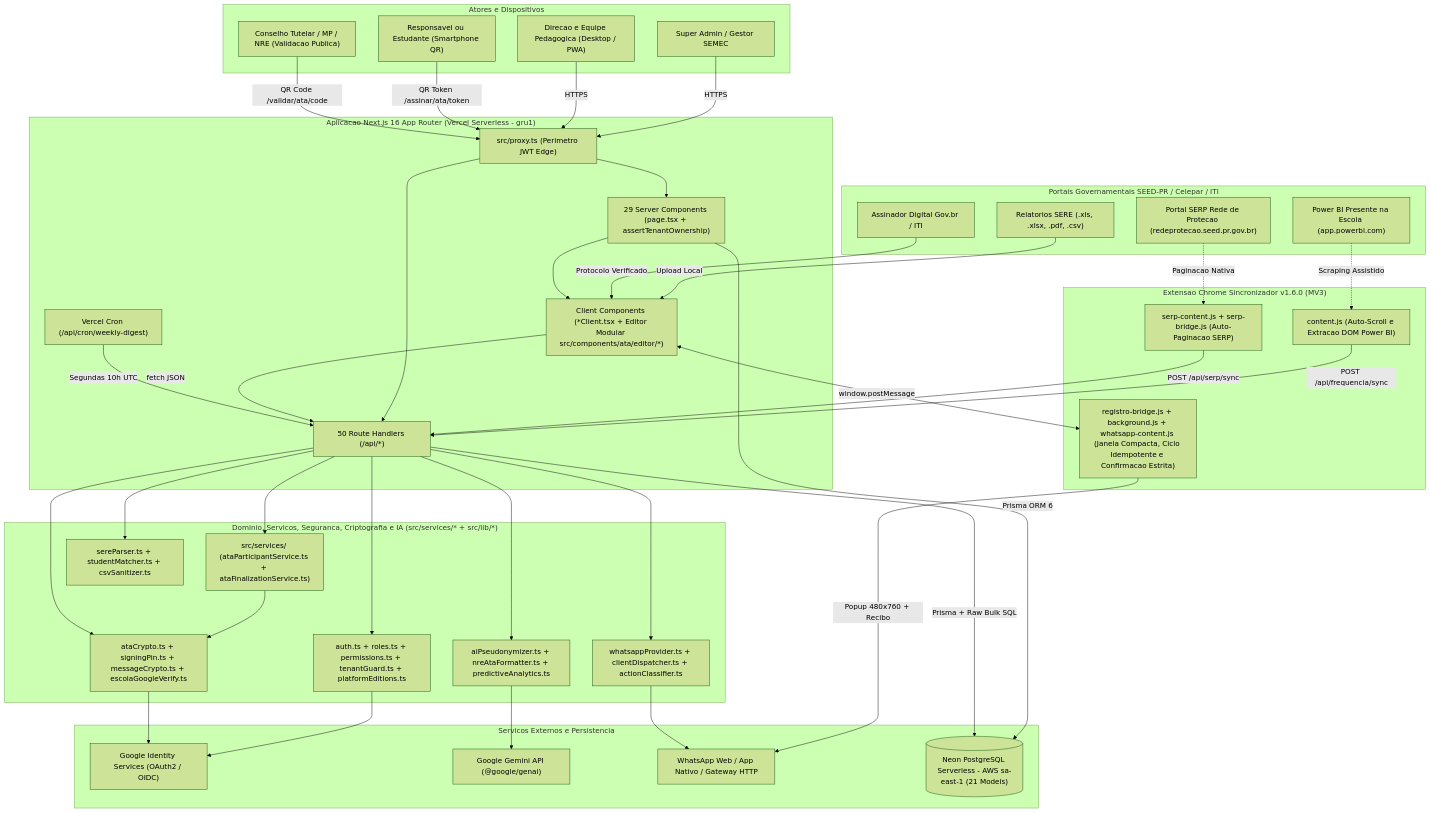
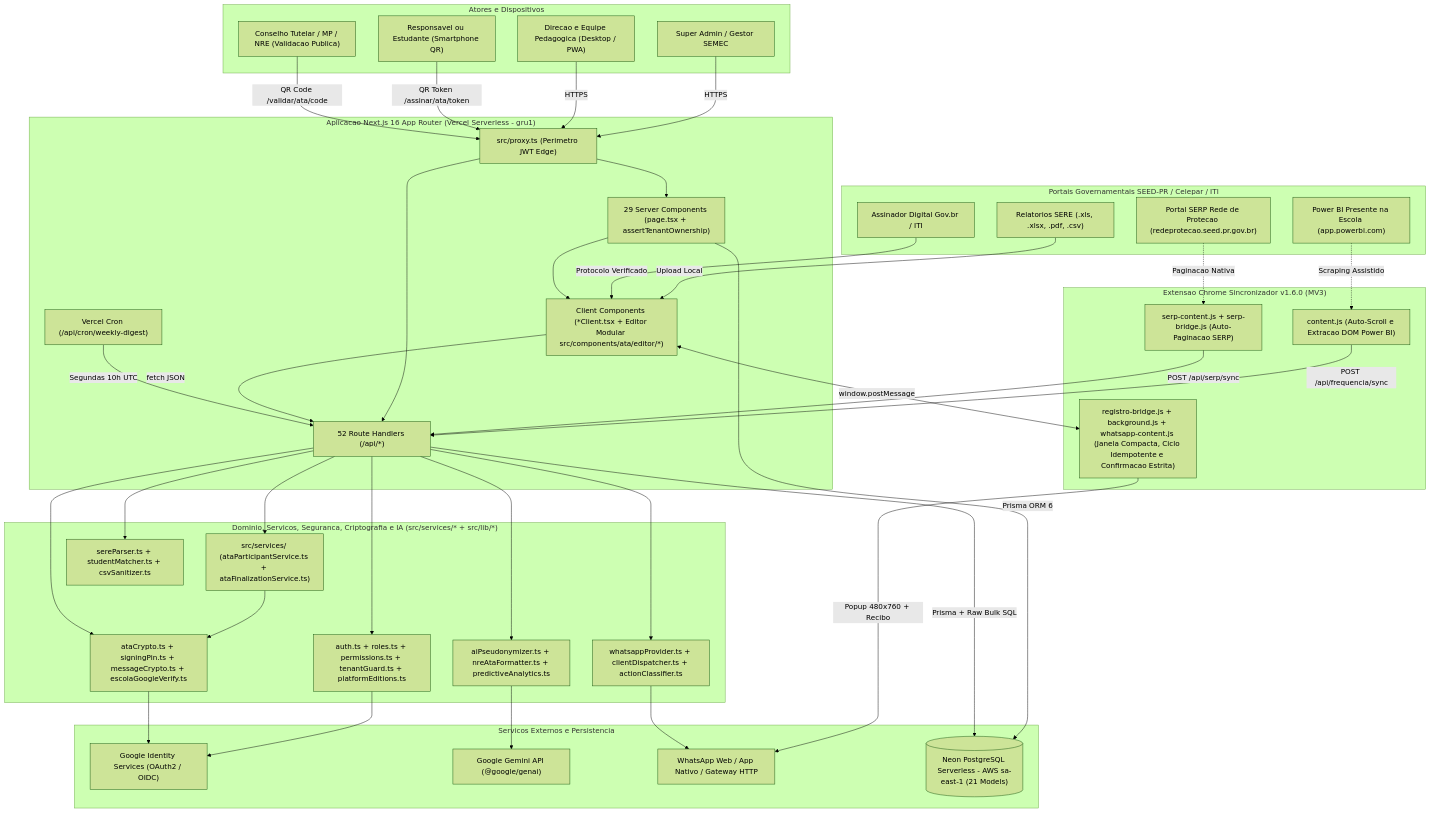
The first of 3 diagrams in docs/ARQUITETURA_E_ENGENHARIA.md (MarcosWrobel/rede-ativa), drawn with Mermaid (forest theme) before and after one commit. The commit also changed other lines of this file and 4 other files, not shown here.

````diff
--- a/docs/ARQUITETURA_E_ENGENHARIA.md
+++ b/docs/ARQUITETURA_E_ENGENHARIA.md
@@ -24,81 +24,81 @@
 ```mermaid
 flowchart TD
     subgraph Actors ["Atores e Dispositivos"]
         SuperAdmin["Super Admin / Gestor SEMEC"]
         Staff["Direcao e Equipe Pedagogica (Desktop / PWA)"]
         Guardian["Responsavel ou Estudante (Smartphone QR)"]
         ExternalAuth["Conselho Tutelar / MP / NRE (Validacao Publica)"]
     end
 
     subgraph GovPortals ["Portais Governamentais SEED-PR / Celepar / ITI"]
         SERE["Relatorios SERE (.xls, .xlsx, .pdf, .csv)"]
         PBI["Power BI Presente na Escola (app.powerbi.com)"]
         SERP["Portal SERP Rede de Protecao (redeprotecao.seed.pr.gov.br)"]
         GovBr["Assinador Digital Gov.br / ITI"]
     end
 
     subgraph Extension ["Extensao Chrome Sincronizador v1.6.0 (MV3)"]
         PBIContent["content.js (Auto-Scroll e Extracao DOM Power BI)"]
         SERPBridge["serp-content.js + serp-bridge.js (Auto-Paginacao SERP)"]
         WABridge["registro-bridge.js + background.js + whatsapp-content.js (Janela Compacta, Ciclo Idempotente e Confirmacao Estrita)"]
     end
 
     subgraph NextApp ["Aplicacao Next.js 16 App Router (Vercel Serverless - gru1)"]
         EdgeProxy["src/proxy.ts (Perimetro JWT Edge)"]
         RSC["29 Server Components (page.tsx + assertTenantOwnership)"]
         ClientUI["Client Components (*Client.tsx + Editor Modular src/components/ata/editor/*)"]
-        APIRoutes["50 Route Handlers (/api/*)"]
+        APIRoutes["52 Route Handlers (/api/*)"]
         CronJob["Vercel Cron (/api/cron/weekly-digest)"]
     end
 
     subgraph CoreLibs ["Dominio, Servicos, Seguranca, Criptografia e IA (src/services/* + src/lib/*)"]
         DomainServices["src/services/ (ataParticipantService.ts + ataFinalizationService.ts)"]
         AuthLib["auth.ts + roles.ts + permissions.ts + tenantGuard.ts + platformEditions.ts"]
         CryptoLib["ataCrypto.ts + signingPin.ts + messageCrypto.ts + escolaGoogleVerify.ts"]
         ParserLib["sereParser.ts + studentMatcher.ts + csvSanitizer.ts"]
         PrivacyAI["aiPseudonymizer.ts + nreAtaFormatter.ts + predictiveAnalytics.ts"]
         WALib["whatsappProvider.ts + clientDispatcher.ts + actionClassifier.ts"]
     end
 
     subgraph ExternalServices ["Servicos Externos e Persistencia"]
         GoogleOAuth["Google Identity Services (OAuth2 / OIDC)"]
         GeminiAPI["Google Gemini API (@google/genai)"]
         WhatsApp["WhatsApp Web / App Nativo / Gateway HTTP"]
         NeonDB[("Neon PostgreSQL Serverless - AWS sa-east-1 (21 Models)")]
     end
 
     SuperAdmin -->|HTTPS| EdgeProxy
     Staff -->|HTTPS| EdgeProxy
     Guardian -->|QR Token /assinar/ata/token| EdgeProxy
     ExternalAuth -->|QR Code /validar/ata/code| EdgeProxy
 
     SERE -->|Upload Local| ClientUI
     GovBr -->|Protocolo Verificado| ClientUI
     PBI -.->|Scraping Assistido| PBIContent
     SERP -.->|Paginacao Nativa| SERPBridge
     PBIContent -->|POST /api/frequencia/sync| APIRoutes
     SERPBridge -->|POST /api/serp/sync| APIRoutes
     ClientUI <-->|window.postMessage| WABridge
     WABridge -->|Popup 480x760 + Recibo| WhatsApp
 
     EdgeProxy --> RSC
     EdgeProxy --> APIRoutes
     RSC --> ClientUI
     ClientUI -->|fetch JSON| APIRoutes
     CronJob -->|Segundas 10h UTC| APIRoutes
 
     APIRoutes --> DomainServices
     DomainServices --> CryptoLib
     APIRoutes --> AuthLib
     APIRoutes --> CryptoLib
     APIRoutes --> ParserLib
     APIRoutes --> PrivacyAI
     APIRoutes --> WALib
 
     AuthLib --> GoogleOAuth
     CryptoLib --> GoogleOAuth
     PrivacyAI --> GeminiAPI
     WALib --> WhatsApp
     RSC -->|Prisma ORM 6| NeonDB
     APIRoutes -->|Prisma + Raw Bulk SQL| NeonDB
 ```
````
